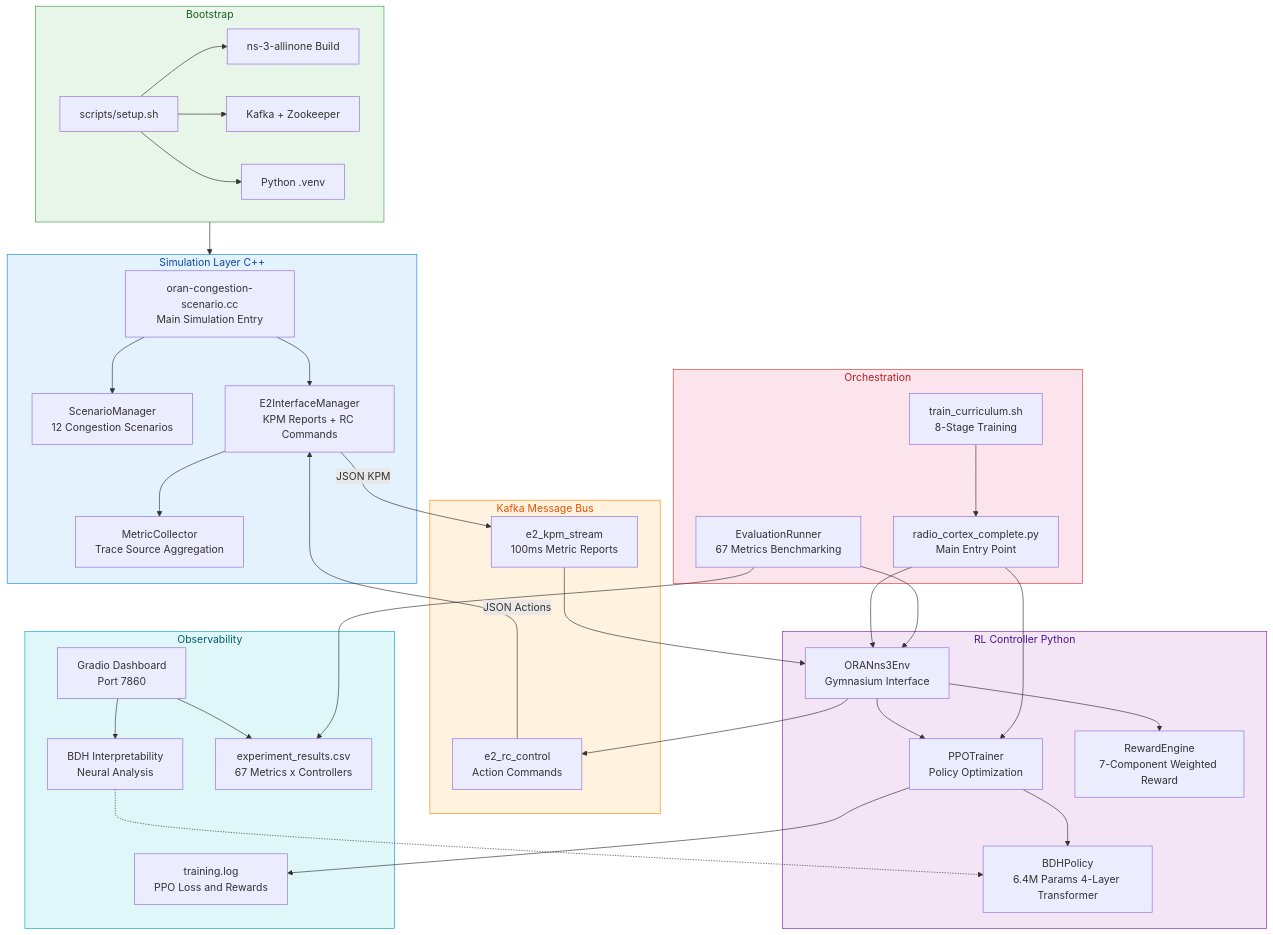
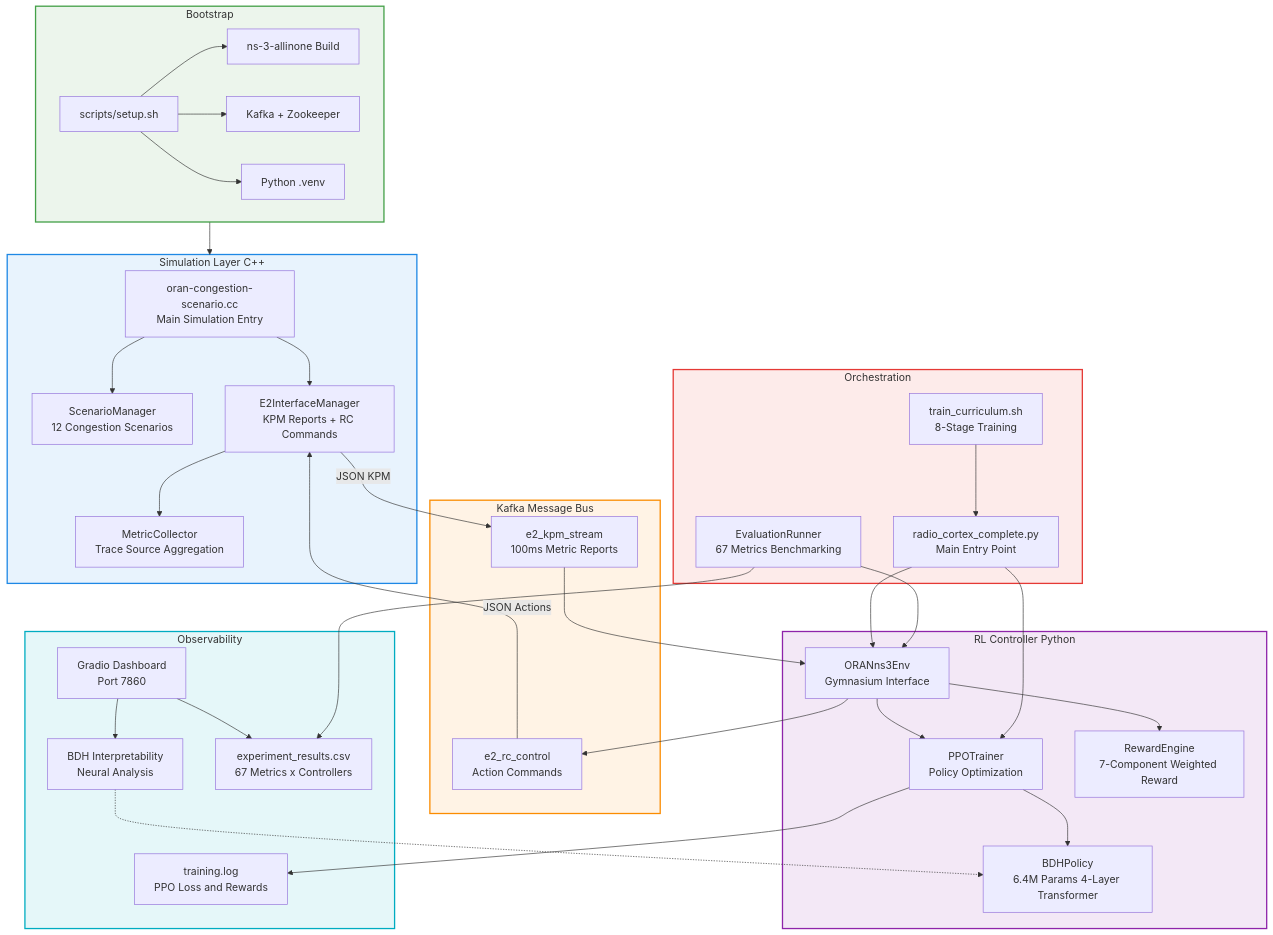
One commit to ishreyanshkumar/Radio-Cortex changed the first of 4 diagrams in README.md. Above: the diagram before and after it, drawn with Mermaid. The commit also changed other lines of this file, not shown here.

````diff
--- a/README.md
+++ b/README.md
@@ -65,72 +65,72 @@
 ```mermaid
 flowchart TB
     subgraph BOOT["Bootstrap"]
         S1["scripts/setup.sh"]
         S2["ns-3-allinone Build"]
         S3["Kafka + Zookeeper"]
         S4["Python .venv"]
         S1 --> S2
         S1 --> S3
         S1 --> S4
     end
 
     subgraph SIM["Simulation Layer C++"]
         N1["oran-congestion-scenario.cc\nMain Simulation Entry"]
         N2["ScenarioManager\n12 Congestion Scenarios"]
         N3["E2InterfaceManager\nKPM Reports + RC Commands"]
         N4["MetricCollector\nTrace Source Aggregation"]
         N1 --> N2
         N1 --> N3
         N3 --> N4
     end
 
     subgraph BUS["Kafka Message Bus"]
         K1["e2_kpm_stream\n100ms Metric Reports"]
         K2["e2_rc_control\nAction Commands"]
     end
 
     subgraph RL["RL Controller Python"]
         R1["ORANns3Env\nGymnasium Interface"]
         R2["PPOTrainer\nPolicy Optimization"]
         R3["BDHPolicy\n6.4M Params 4-Layer Transformer"]
         R4["RewardEngine\n7-Component Weighted Reward"]
         R1 --> R2
         R2 --> R3
         R1 --> R4
     end
 
     subgraph ORC["Orchestration"]
         O1["radio_cortex_complete.py\nMain Entry Point"]
         O2["train_curriculum.sh\n8-Stage Training"]
         O3["EvaluationRunner\n67 Metrics Benchmarking"]
         O2 --> O1
     end
 
     subgraph OBS["Observability"]
         V1["Gradio Dashboard\nPort 7860"]
         V2["BDH Interpretability\nNeural Analysis"]
         V3["experiment_results.csv\n67 Metrics x Controllers"]
         V4["training.log\nPPO Loss and Rewards"]
         V1 --> V2
         V1 --> V3
     end
 
     BOOT --> SIM
     N3 -- "JSON KPM" --> K1
     K2 -- "JSON Actions" --> N3
     K1 --> R1
     R1 --> K2
     O1 --> R1
     O1 --> R2
     O3 --> R1
     R2 --> V4
     O3 --> V3
     V2 -.-> R3
 
-    style BOOT fill:#e8f5e9,stroke:#43a047,color:#1b5e20
-    style SIM fill:#e3f2fd,stroke:#1e88e5,color:#0d47a1
-    style BUS fill:#fff3e0,stroke:#fb8c00,color:#e65100
-    style RL fill:#f3e5f5,stroke:#8e24aa,color:#4a148c
-    style ORC fill:#fce4ec,stroke:#e53935,color:#b71c1c
-    style OBS fill:#e0f7fa,stroke:#00acc1,color:#006064
+    style BOOT fill:#43a047,fill-opacity:0.1,stroke:#43a047,stroke-width:2px
+    style SIM fill:#1e88e5,fill-opacity:0.1,stroke:#1e88e5,stroke-width:2px
+    style BUS fill:#fb8c00,fill-opacity:0.1,stroke:#fb8c00,stroke-width:2px
+    style RL fill:#8e24aa,fill-opacity:0.1,stroke:#8e24aa,stroke-width:2px
+    style ORC fill:#e53935,fill-opacity:0.1,stroke:#e53935,stroke-width:2px
+    style OBS fill:#00acc1,fill-opacity:0.1,stroke:#00acc1,stroke-width:2px
 ```
````
